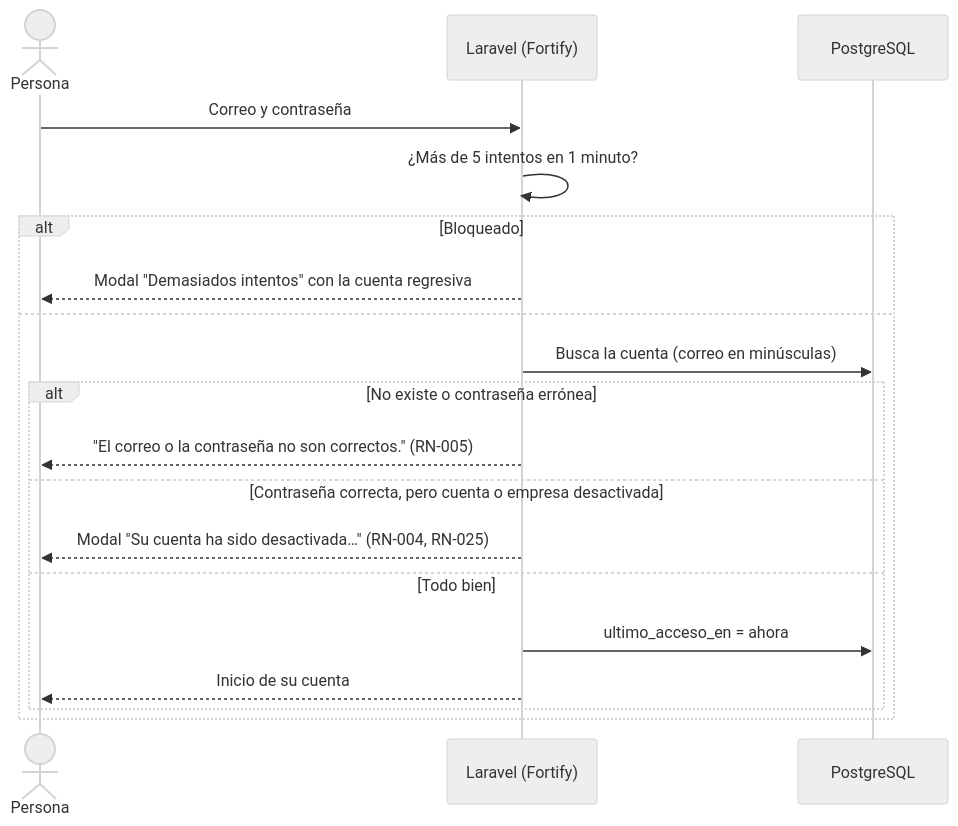
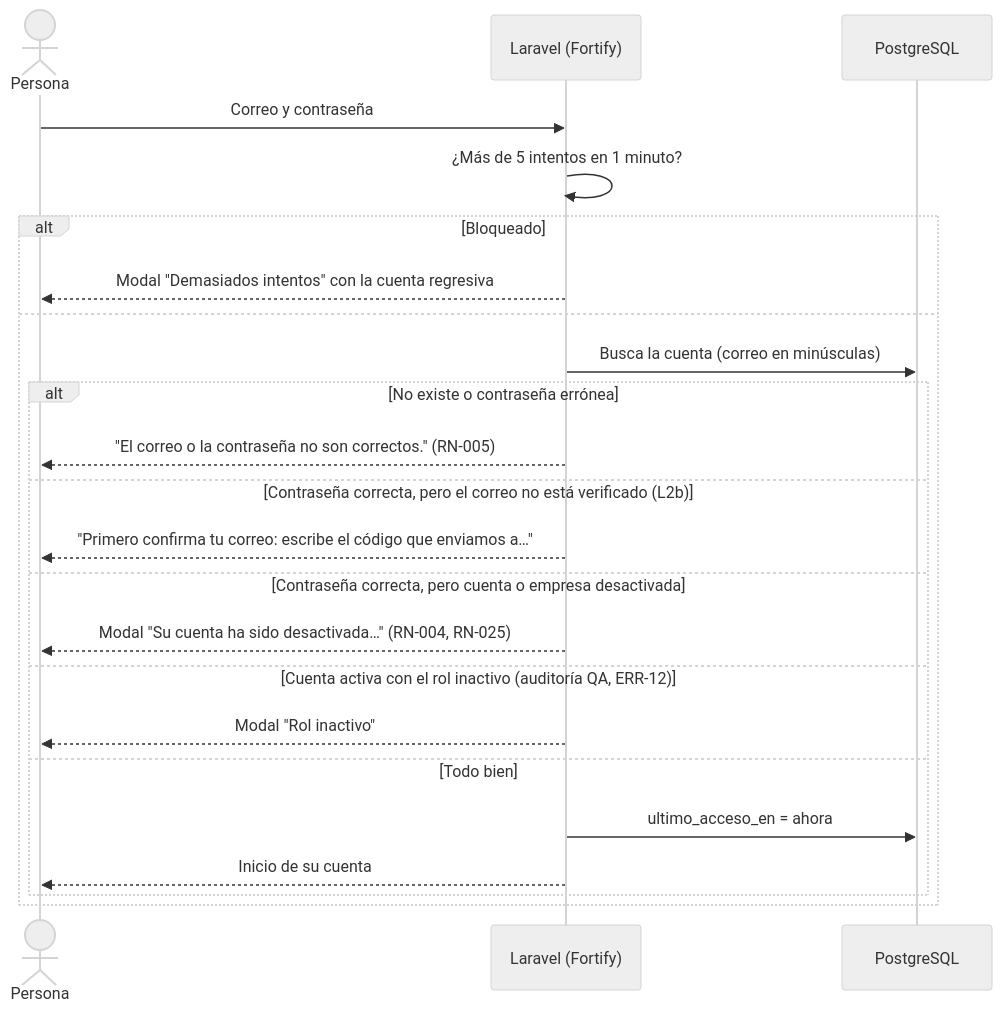
Before and after one commit to mensajesfront-commits/DiagnosTICo: the third of 5 diagrams in docs/09_FLUJOS_DEL_SISTEMA.md, drawn with Mermaid (neutral theme). The commit also changed other lines of this file and 33 other files, not shown here.

````diff
--- a/docs/09_FLUJOS_DEL_SISTEMA.md
+++ b/docs/09_FLUJOS_DEL_SISTEMA.md
@@ -100,22 +100,26 @@
 ```mermaid
 sequenceDiagram
     actor U as Persona
     participant L as Laravel (Fortify)
     participant BD as PostgreSQL
 
     U->>L: Correo y contraseña
     L->>L: ¿Más de 5 intentos en 1 minuto?
     alt Bloqueado
         L-->>U: Modal "Demasiados intentos" con la cuenta regresiva
     else
         L->>BD: Busca la cuenta (correo en minúsculas)
         alt No existe o contraseña errónea
             L-->>U: "El correo o la contraseña no son correctos." (RN-005)
+        else Contraseña correcta, pero el correo no está verificado (L2b)
+            L-->>U: "Primero confirma tu correo: escribe el código que enviamos a…"
         else Contraseña correcta, pero cuenta o empresa desactivada
             L-->>U: Modal "Su cuenta ha sido desactivada…" (RN-004, RN-025)
+        else Cuenta activa con el rol inactivo (auditoría QA, ERR-12)
+            L-->>U: Modal "Rol inactivo"
         else Todo bien
             L->>BD: ultimo_acceso_en = ahora
             L-->>U: Inicio de su cuenta
         end
     end
 ```
````
